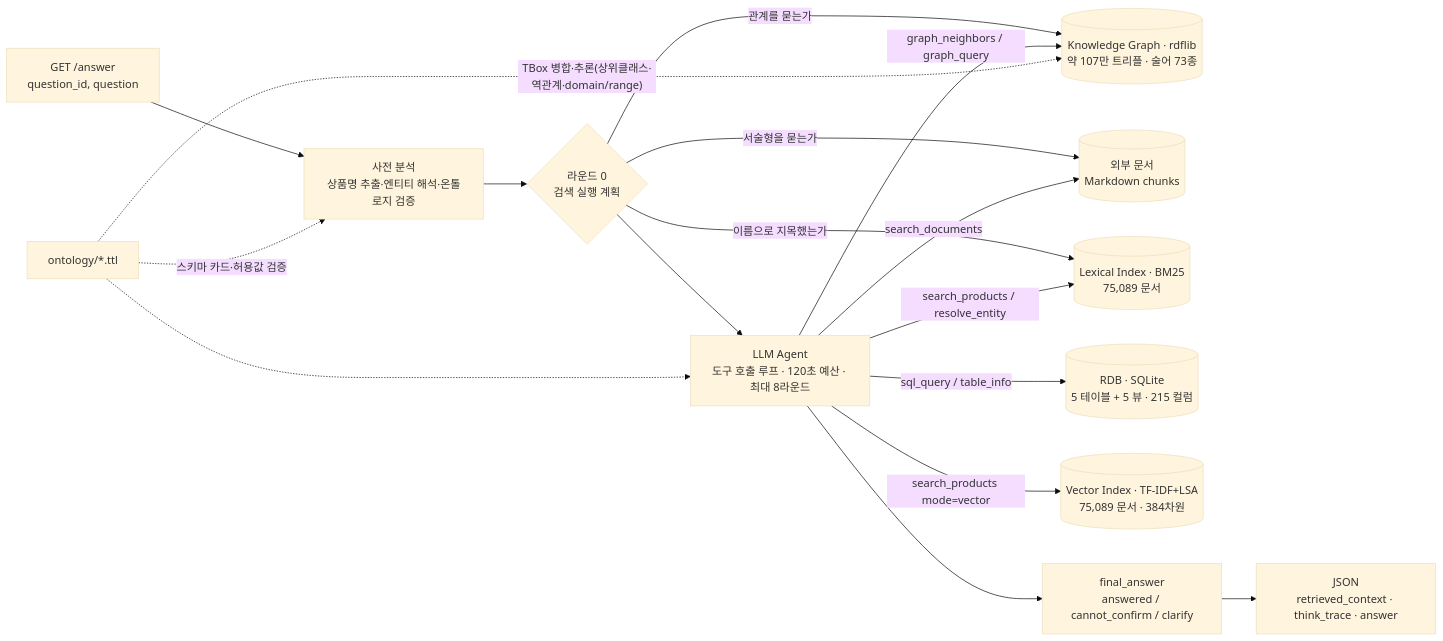
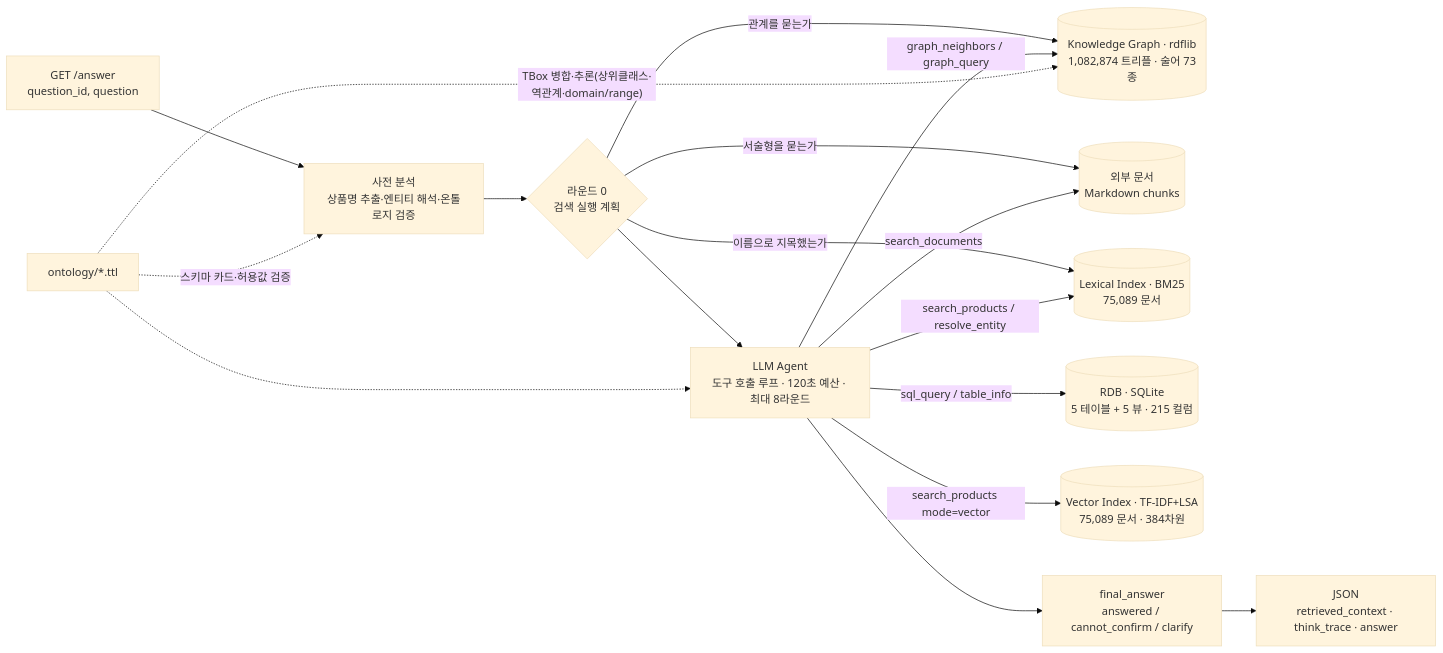
Before and after one commit to heon-1219/tradingDecisionAgent: the first of 2 diagrams in README.md, drawn with Mermaid (base theme). The commit also changed other lines of this file and 2 other files, not shown here.

````diff
--- a/README.md
+++ b/README.md
@@ -26,20 +26,20 @@
 ```mermaid
 flowchart LR
     Q[GET /answer<br/>question_id, question] --> P[사전 분석<br/>상품명 추출·엔티티 해석·온톨로지 검증]
     P --> RT{라운드 0<br/>검색 실행 계획}
     RT -->|관계를 묻는가| G
     RT -->|서술형을 묻는가| D
     RT -->|이름으로 지목했는가| V
     RT --> A
     A[LLM Agent<br/>도구 호출 루프 · 120초 예산 · 최대 8라운드]
     A -->|sql_query / table_info| R[(RDB · SQLite<br/>5 테이블 + 5 뷰 · 215 컬럼)]
-    A -->|graph_neighbors / graph_query| G[(Knowledge Graph · rdflib<br/>약 107만 트리플 · 술어 73종)]
+    A -->|graph_neighbors / graph_query| G[(Knowledge Graph · rdflib<br/>1,082,874 트리플 · 술어 73종)]
     A -->|search_products / resolve_entity| V[(Lexical Index · BM25<br/>75,089 문서)]
     A -->|search_products mode=vector| E[(Vector Index · TF-IDF+LSA<br/>75,089 문서 · 384차원)]
     A -->|search_documents| D[(외부 문서<br/>Markdown chunks)]
     O[ontology/*.ttl] -.스키마 카드·허용값 검증.-> P
     O -.TBox 병합·추론(상위클래스·역관계·domain/range).-> G
     O -.-> A
     A --> F[final_answer<br/>answered / cannot_confirm / clarify]
     F --> J[JSON<br/>retrieved_context · think_trace · answer]
 ```
````
